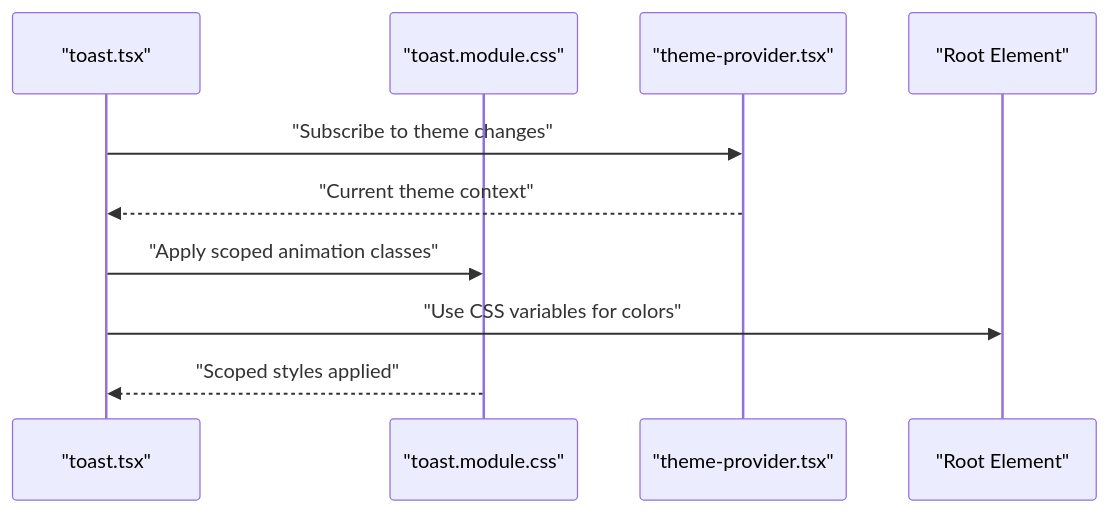
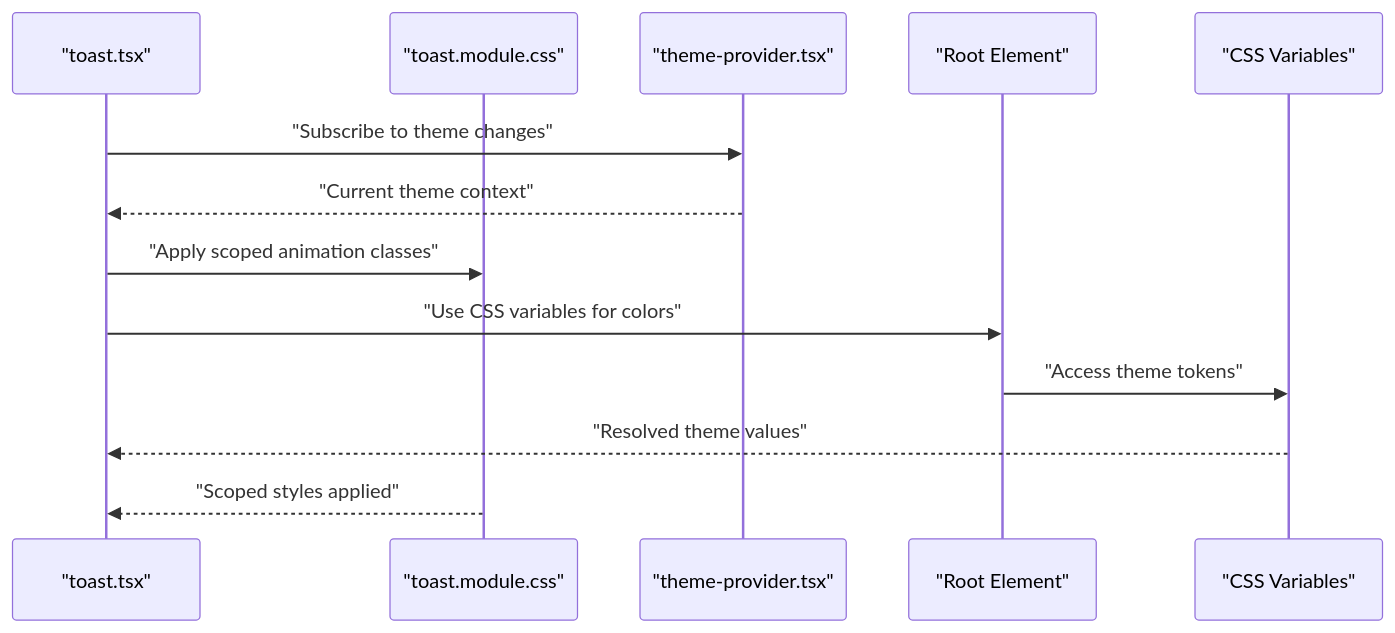
The fifth of 10 diagrams in .qoder/repowiki/en/content/Frontend Architecture/Styling System.md (HassanAmeer/cheaprouter), drawn with Mermaid before and after one commit. The commit also changed other lines of this file and 54 other files, not shown here.

````diff
--- a/.qoder/repowiki/en/content/Frontend Architecture/Styling System.md
+++ b/.qoder/repowiki/en/content/Frontend Architecture/Styling System.md
@@ -282,12 +285,15 @@
 ```mermaid
 sequenceDiagram
 participant Comp as "toast.tsx"
 participant Mod as "toast.module.css"
 participant Theme as "theme-provider.tsx"
 participant Root as "Root Element"
+participant CSSVars as "CSS Variables"
 Comp->>Theme : "Subscribe to theme changes"
 Theme-->>Comp : "Current theme context"
 Comp->>Mod : "Apply scoped animation classes"
 Comp->>Root : "Use CSS variables for colors"
+Root->>CSSVars : "Access theme tokens"
+CSSVars-->>Comp : "Resolved theme values"
 Mod-->>Comp : "Scoped styles applied"
 ```
````
